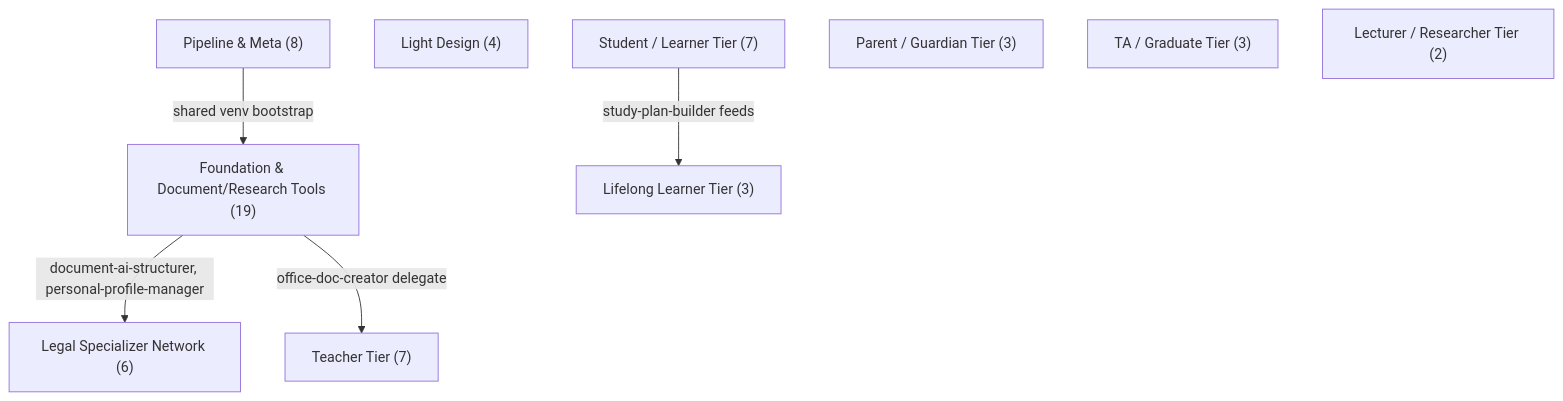
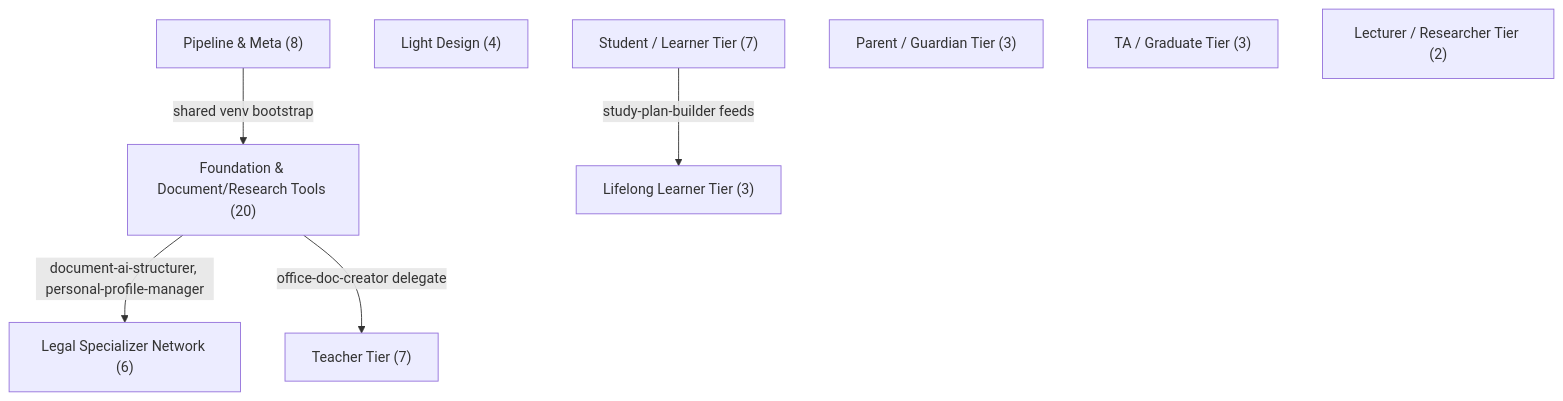
One commit to thatlq1812/scriptorium changed the first of 11 diagrams in SKILLS_MAP.md. Above: the diagram before and after it, drawn with Mermaid. The commit also changed other lines of this file and 19 other files, not shown here.

````diff
--- a/SKILLS_MAP.md
+++ b/SKILLS_MAP.md
@@ -9,18 +9,18 @@
 ```mermaid
 flowchart TB
   Pipeline["Pipeline & Meta (8)"]
-  Foundation["Foundation & Document/Research Tools (19)"]
+  Foundation["Foundation & Document/Research Tools (20)"]
   LightDesign["Light Design (4)"]
   Legal["Legal Specializer Network (6)"]
   Teacher["Teacher Tier (7)"]
   Student["Student / Learner Tier (7)"]
   Parent["Parent / Guardian Tier (3)"]
   TA["TA / Graduate Tier (3)"]
   Lecturer["Lecturer / Researcher Tier (2)"]
   Lifelong["Lifelong Learner Tier (3)"]
 
   Pipeline -->|shared venv bootstrap| Foundation
   Foundation -->|document-ai-structurer, personal-profile-manager| Legal
   Foundation -->|office-doc-creator delegate| Teacher
   Student -->|study-plan-builder feeds| Lifelong
 ```
````
